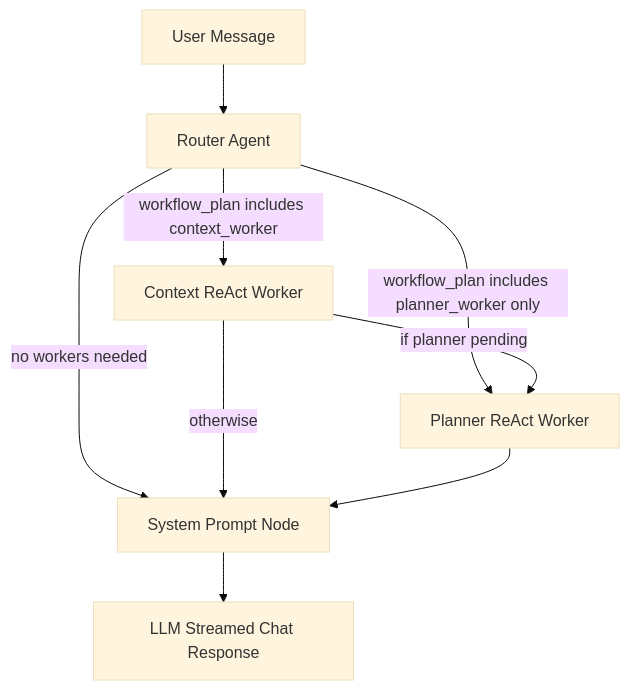
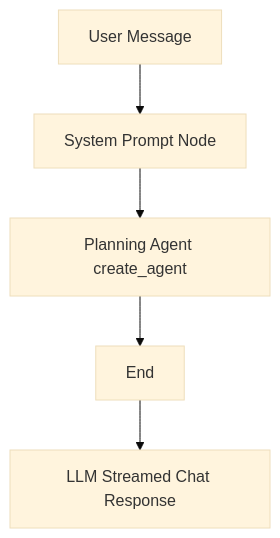
Before and after one commit to vrgsdaniel/capple: the diagram in backend/src/agents/README.md, drawn with Mermaid (base theme). The commit also changed other lines of this file and 12 other files, not shown here.

````diff
--- a/backend/src/agents/README.md
+++ b/backend/src/agents/README.md
@@ -12,11 +11,7 @@
 ```mermaid
 flowchart TD
-	A[User Message] --> B[Router Agent]
-	B -->|workflow_plan includes context_worker| C[Context ReAct Worker]
-	B -->|workflow_plan includes planner_worker only| D[Planner ReAct Worker]
-	B -->|no workers needed| E[System Prompt Node]
-	C -->|if planner pending| D
-	C -->|otherwise| E
-	D --> E
-	E --> F[LLM Streamed Chat Response]
+	A[User Message] --> B[System Prompt Node]
+	B --> C[Planning Agent create_agent]
+	C --> D[End]
+	D --> E[LLM Streamed Chat Response]
 ```
````
